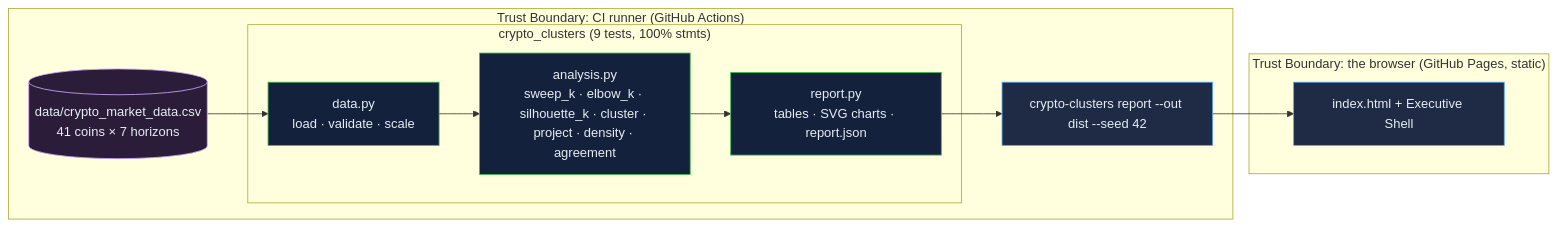
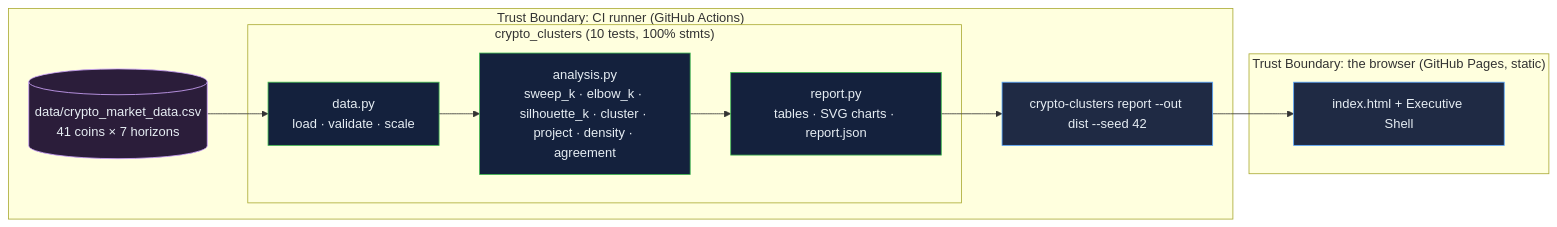
One commit to Freddricklogan/Crypto-Clustering changed the diagram in README.md. Above: the diagram before and after it, drawn with Mermaid. The commit also changed other lines of this file and 7 other files, not shown here.

````diff
--- a/README.md
+++ b/README.md
@@ -48,19 +48,19 @@
 ```mermaid
 flowchart LR
   subgraph TB0["Trust Boundary: CI runner (GitHub Actions)"]
     DATA[("data/crypto_market_data.csv<br/>41 coins × 7 horizons")]:::data
-    subgraph PKG["crypto_clusters (9 tests, 100% stmts)"]
+    subgraph PKG["crypto_clusters (10 tests, 100% stmts)"]
       D["data.py<br/>load · validate · scale"]:::service
       A["analysis.py<br/>sweep_k · elbow_k · silhouette_k · cluster · project · density · agreement"]:::service
       R["report.py<br/>tables · SVG charts · report.json"]:::service
     end
     CLI["crypto-clusters report --out dist --seed 42"]:::client
   end
   subgraph TB1["Trust Boundary: the browser (GitHub Pages, static)"]
     PAGE["index.html + Executive Shell"]:::client
   end
   DATA --> D --> A --> R --> CLI --> PAGE
   classDef client fill:#1f2a44,stroke:#58A6FF,color:#e6edf3
   classDef service fill:#14213d,stroke:#3fb950,color:#e6edf3
   classDef data fill:#2b1d3a,stroke:#d2a8ff,color:#e6edf3
 ```
````
